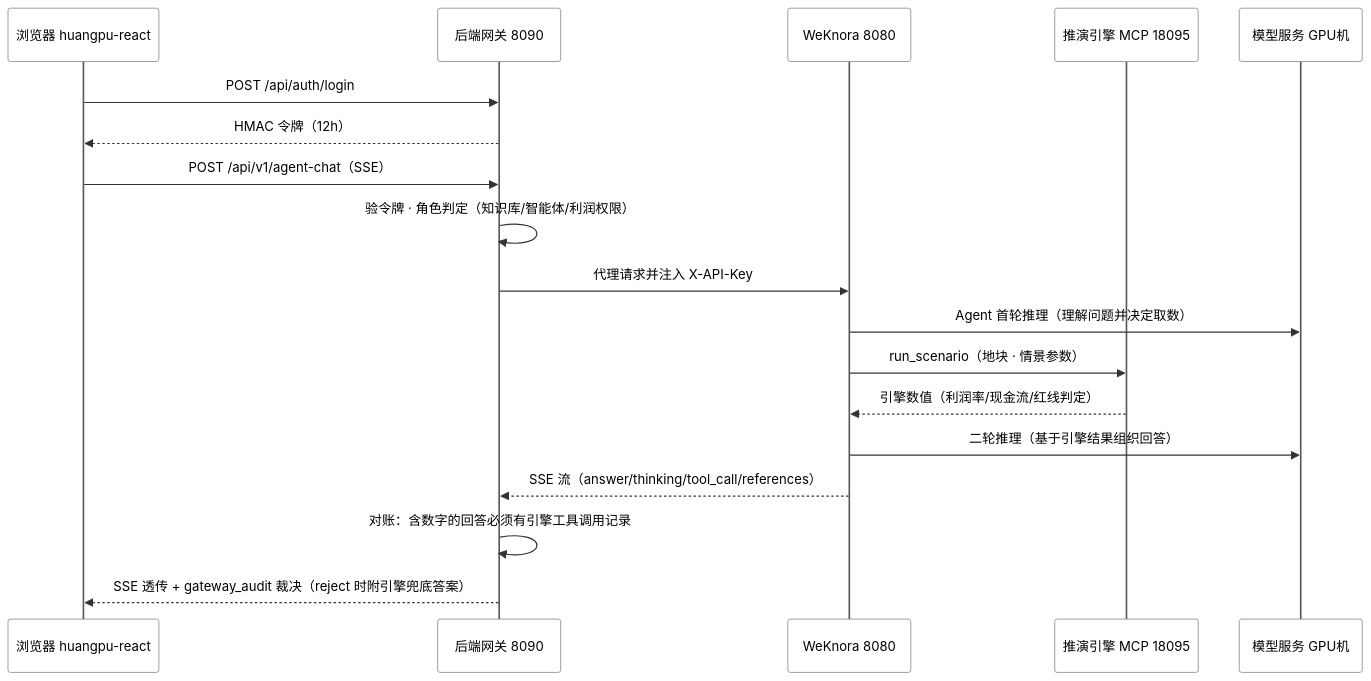
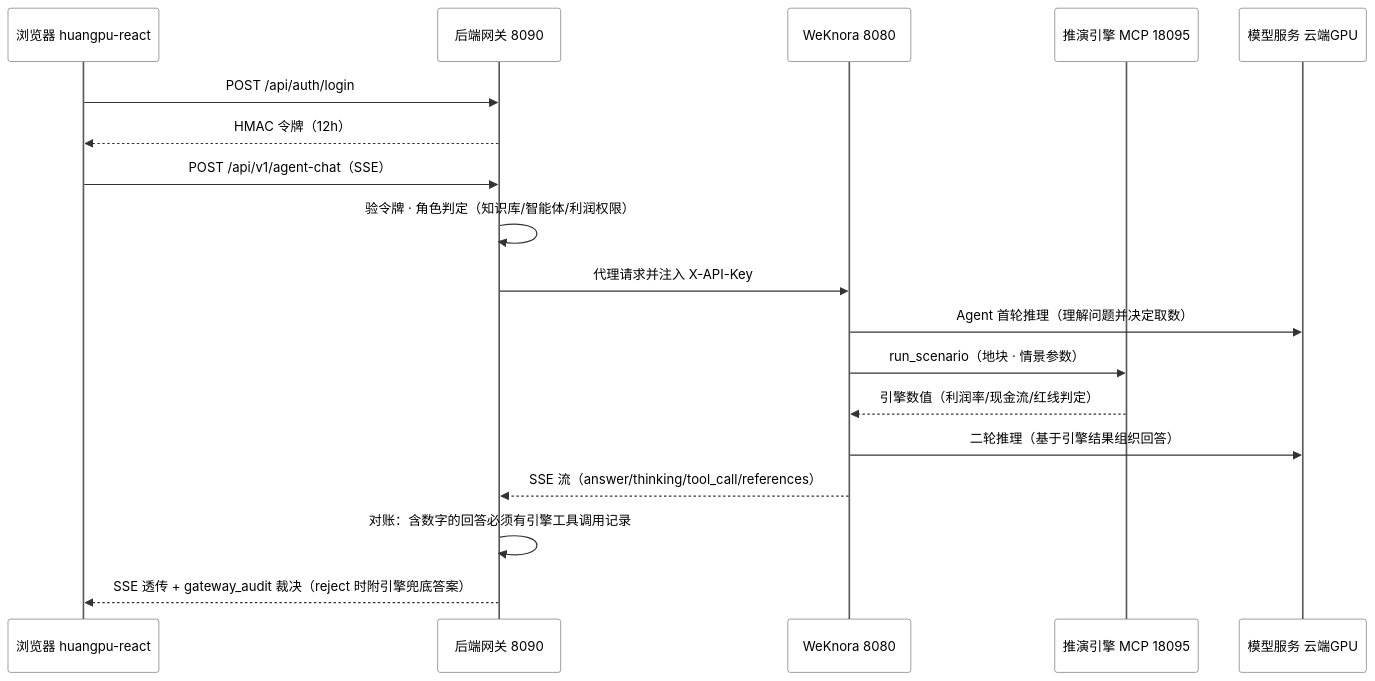
One commit to Clearlove7Zz/huangpu changed the diagram in docs/系统架构-后端.md. Above: the diagram before and after it, drawn with Mermaid. The commit also changed other lines of this file and 3 other files, not shown here.

````diff
--- a/docs/系统架构-后端.md
+++ b/docs/系统架构-后端.md
@@ -209,22 +230,22 @@
 ```mermaid
 %%{init: {"theme":"neutral","themeVariables":{"actorBkg":"#ffffff","actorTextColor":"#000000","actorBorder":"#8a8a8a","actorLineColor":"#595959","noteBkgColor":"#ffffff","noteTextColor":"#000000","noteBorderColor":"#8a8a8a","signalColor":"#333333","signalTextColor":"#000000","activationBkgColor":"#ffffff","activationBorderColor":"#8a8a8a","labelBoxBkgColor":"#ffffff","labelBoxBorderColor":"#8a8a8a","labelTextColor":"#000000","loopTextColor":"#000000"}}}%%
 sequenceDiagram
     participant U as 浏览器 huangpu-react
     participant G as 后端网关 8090
     participant W as WeKnora 8080
     participant M as 推演引擎 MCP 18095
-    participant L as 模型服务 GPU机
+    participant L as 模型服务 云端GPU
 
     U->>G: POST /api/auth/login
     G-->>U: HMAC 令牌（12h）
     U->>G: POST /api/v1/agent-chat（SSE）
     G->>G: 验令牌 · 角色判定（知识库/智能体/利润权限）
     G->>W: 代理请求并注入 X-API-Key
     W->>L: Agent 首轮推理（理解问题并决定取数）
     W->>M: run_scenario（地块 · 情景参数）
     M-->>W: 引擎数值（利润率/现金流/红线判定）
     W->>L: 二轮推理（基于引擎结果组织回答）
     W-->>G: SSE 流（answer/thinking/tool_call/references）
     G->>G: 对账：含数字的回答必须有引擎工具调用记录
     G-->>U: SSE 透传 + gateway_audit 裁决（reject 时附引擎兜底答案）
 ```
````
